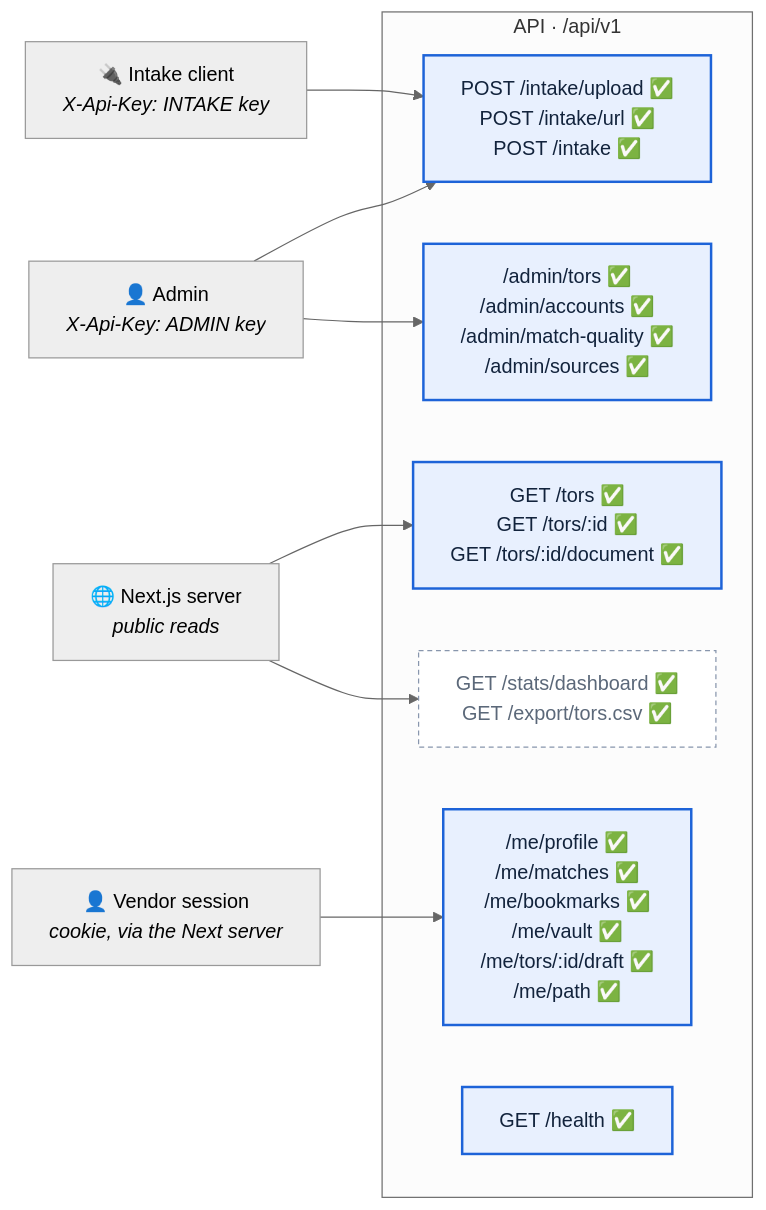
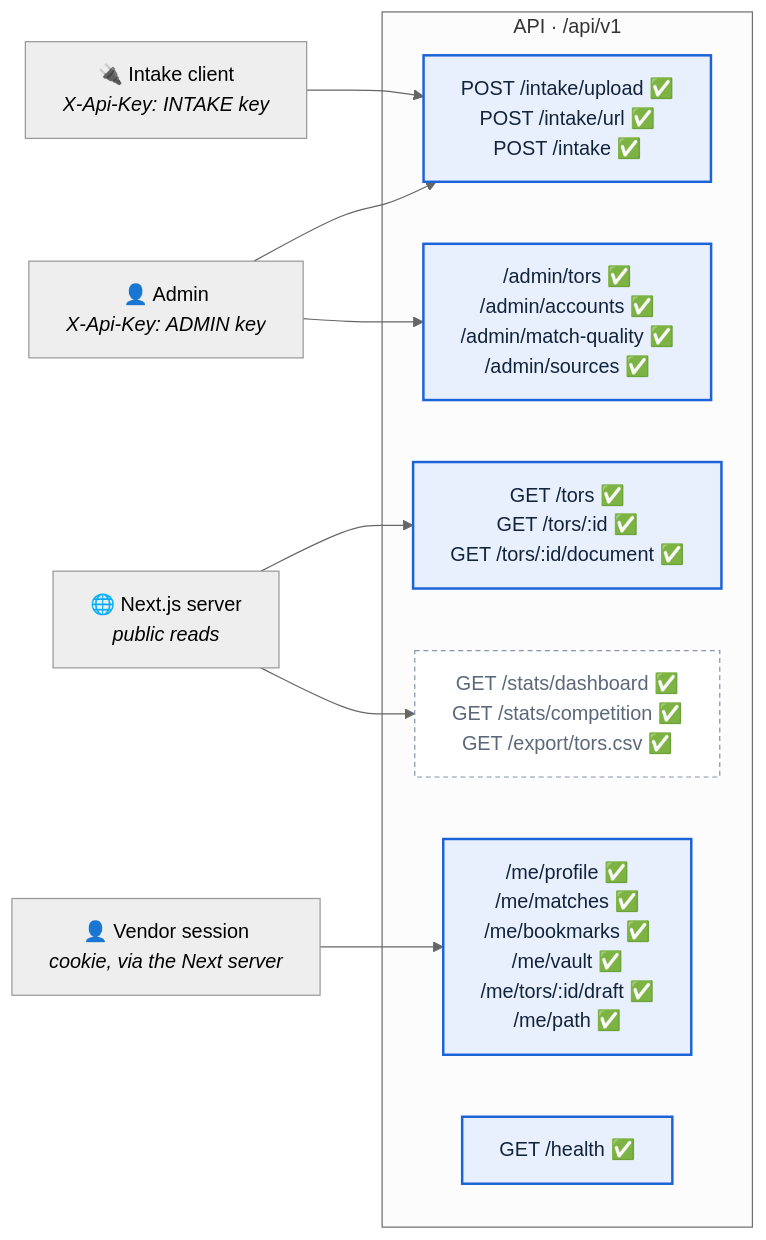
One commit to TORMomentum/Momentum changed the first of 2 diagrams in docs/API.md. Above: the diagram before and after it, drawn with Mermaid (neutral theme). The commit also changed other lines of this file and 5 other files, not shown here.

````diff
--- a/docs/API.md
+++ b/docs/API.md
@@ -19,28 +19,28 @@
 ```mermaid
 flowchart LR
     admin["👤 Admin<br/><i>X-Api-Key: ADMIN key</i>"]
     partner["🔌 Intake client<br/><i>X-Api-Key: INTAKE key</i>"]
     web["🌐 Next.js server<br/><i>public reads</i>"]
     vendor["👤 Vendor session<br/><i>cookie, via the Next server</i>"]
 
     subgraph api["API · /api/v1"]
         intake["POST /intake/upload ✅<br/>POST /intake/url ✅<br/>POST /intake ✅"]
         read["GET /tors ✅<br/>GET /tors/:id ✅<br/>GET /tors/:id/document ✅"]
-        stats["GET /stats/dashboard ✅<br/>GET /export/tors.csv ✅"]
+        stats["GET /stats/dashboard ✅<br/>GET /stats/competition ✅<br/>GET /export/tors.csv ✅"]
         me["/me/profile ✅<br/>/me/matches ✅<br/>/me/bookmarks ✅<br/>/me/vault ✅<br/>/me/tors/:id/draft ✅<br/>/me/path ✅"]
         adminq["/admin/tors ✅<br/>/admin/accounts ✅<br/>/admin/match-quality ✅<br/>/admin/sources ✅"]
         health["GET /health ✅"]
     end
 
     admin --> intake
     admin --> adminq
     partner --> intake
     web --> read
     web --> stats
     vendor --> me
 
     classDef built fill:#e8f0fe,stroke:#1d63d8,color:#12233c,stroke-width:2px
     classDef planned fill:#fff,stroke:#8896ad,color:#5b6879,stroke-dasharray:4 3
     class intake,health,read,me,adminq built
     class stats planned
 ```
````
